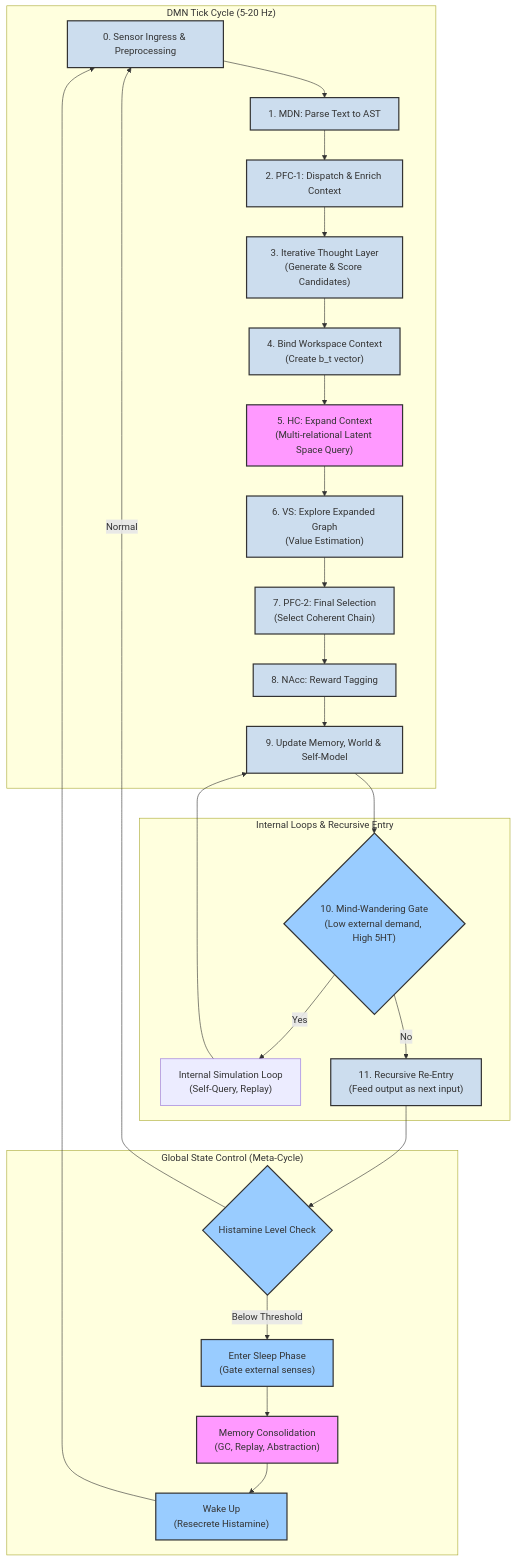
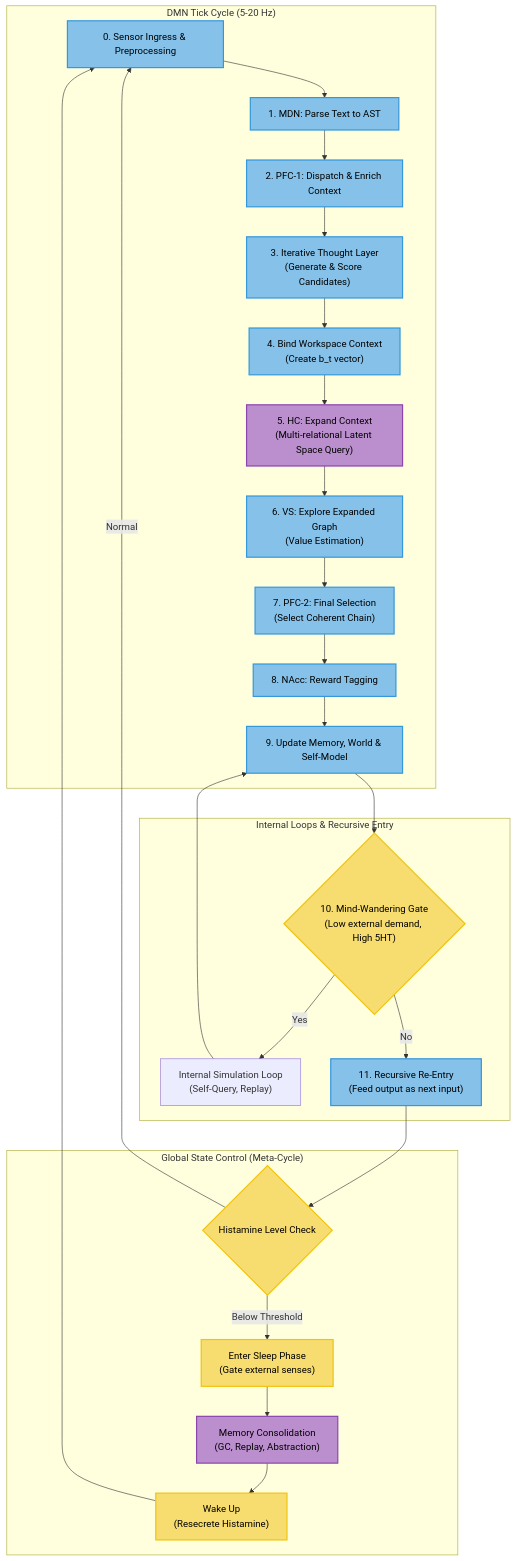
Before and after one commit to 269652/artificial-consciousness-blueprint: the diagram in ideas/DMN_Algorithm_Flowchart.md, drawn with Mermaid.

Commit message:
feat: add mermaid graph

````diff
--- a/ideas/DMN_Algorithm_Flowchart.md
+++ b/ideas/DMN_Algorithm_Flowchart.md
@@ -5,39 +5,38 @@
 ```mermaid
 graph TD
     subgraph "DMN Tick Cycle (5-20 Hz)"
         A["0. Sensor Ingress & Preprocessing"] --> B["1. MDN: Parse Text to AST"];
         B --> C["2. PFC-1: Dispatch & Enrich Context"];
         C --> D["3. Iterative Thought Layer<br/>(Generate & Score Candidates)"];
         D --> E["4. Bind Workspace Context<br/>(Create b_t vector)"];
         E --> F["5. HC: Expand Context<br/>(Multi-relational Latent Space Query)"];
         F --> G["6. VS: Explore Expanded Graph<br/>(Value Estimation)"];
         G --> H["7. PFC-2: Final Selection<br/>(Select Coherent Chain)"];
         H --> I["8. NAcc: Reward Tagging"];
         I --> J["9. Update Memory, World & Self-Model"];
     end
 
     subgraph "Internal Loops & Recursive Entry"
         J --> K{"10. Mind-Wandering Gate<br/>(Low external demand, High 5HT)"};
         K -- Yes --> L["Internal Simulation Loop<br/>(Self-Query, Replay)"];
         L --> J;
         K -- No --> M["11. Recursive Re-Entry<br/>(Feed output as next input)"];
     end
 
     subgraph "Global State Control (Meta-Cycle)"
         M --> Z{"Histamine Level Check"};
         Z -- Normal --> A;
         Z -- Below Threshold --> P["Enter Sleep Phase<br/>(Gate external senses)"];
         P --> Q["Memory Consolidation<br/>(GC, Replay, Abstraction)"];
         Q --> R["Wake Up<br/>(Resecrete Histamine)"];
         R --> A;
     end
 
-    classDef core fill:#cde,stroke:#333,stroke-width:2px;
-    classDef memory fill:#f9f,stroke:#333,stroke-width:2px;
-    classDef control fill:#9cf,stroke:#333,stroke-width:2px;
-    classDef state fill:#fcc,stroke:#333,stroke-width:2px;
+    classDef core fill:#85C1E9,stroke:#3498DB,stroke-width:2px,color:#000;
+    classDef memory fill:#BB8FCE,stroke:#8E44AD,stroke-width:2px,color:#000;
+    classDef control fill:#F7DC6F,stroke:#F1C40F,stroke-width:2px,color:#000;
 
-    class A,B,C,D,E,F,G,H,I,J,M core;
-    class Q,F memory;
+    class A,B,C,D,E,G,H,I,J,M core;
+    class F,Q memory;
     class K,Z,P,R control;
 ```
````
